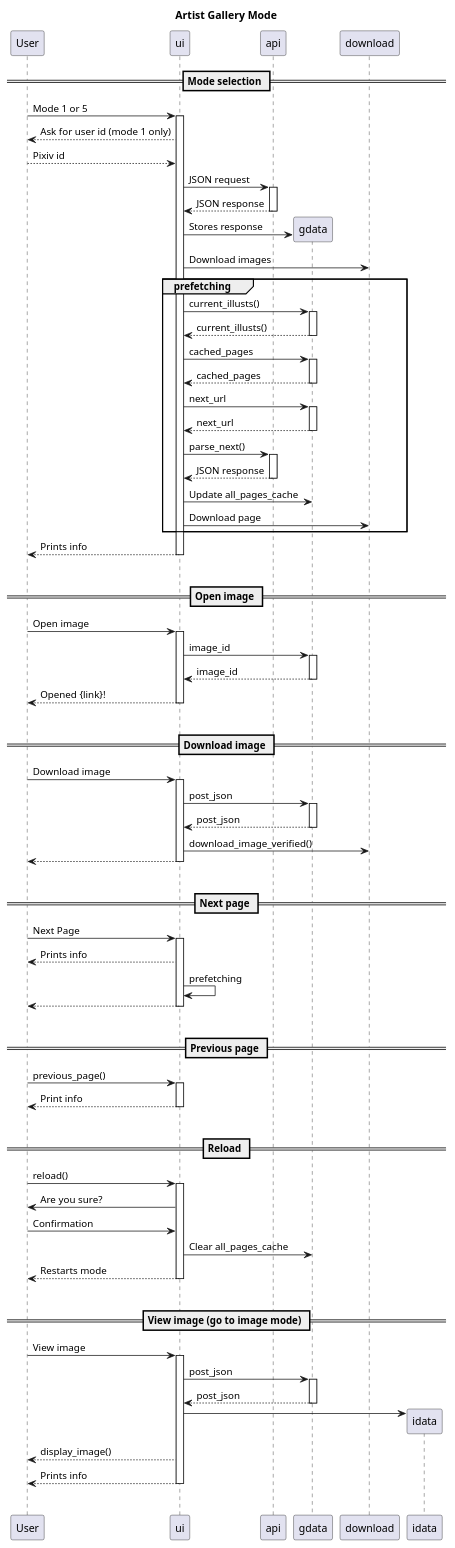
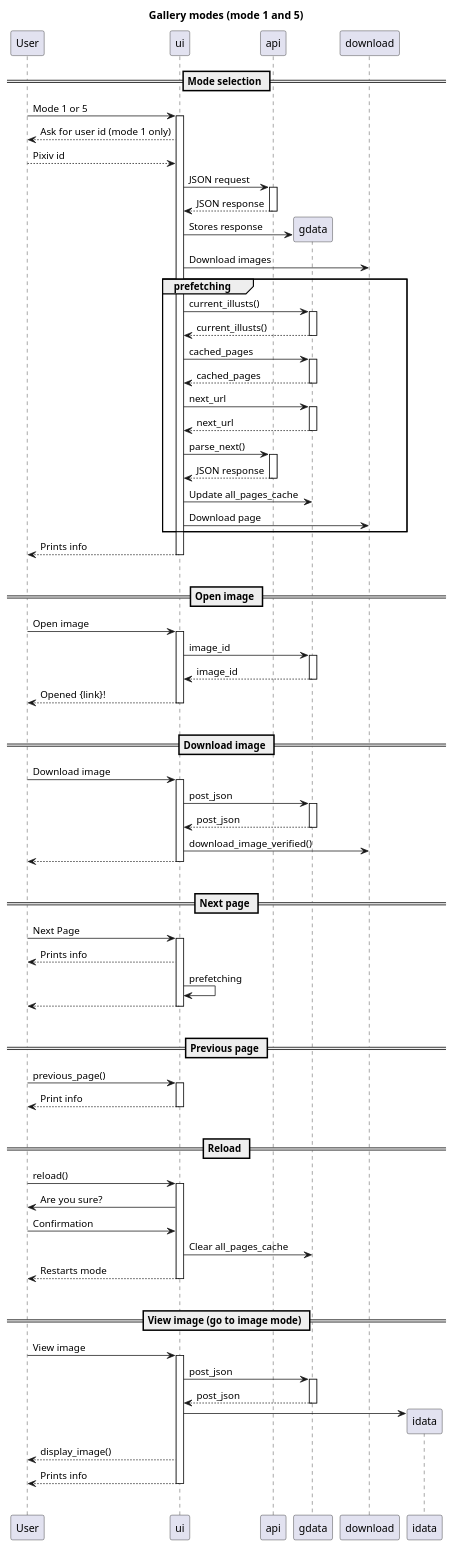
Before and after one commit to akazukin5151/koneko-old: the diagram in puml/gallery.puml, drawn with PlantUML. The commit also changed 1 other file, not shown here.

Commit message:
Renamed title of gallery actor uml diagram

```diff
--- a/puml/gallery.puml
+++ b/puml/gallery.puml
@@ -1,73 +1,73 @@
 @startuml
-title Artist Gallery Mode
+title Gallery modes (mode 1 and 5)
 
 == Mode selection ==
 User -> ui ++: Mode 1 or 5
 ui --> User: Ask for user id (mode 1 only)
 User --> ui: Pixiv id
 ui -> api ++: JSON request
 return JSON response
 create gdata
 ui -> gdata: Stores response
 ui -> download: Download images
 group prefetching
     ui -> gdata ++: current_illusts()
     return current_illusts()
     ui -> gdata ++: cached_pages
     return cached_pages
     ui -> gdata ++: next_url
     return next_url
     ui -> api ++: parse_next()
     return JSON response
     ui -> gdata: Update all_pages_cache
     ui -> download: Download page
 end
 return Prints info
 |||
 
 == Open image ==
 User -> ui ++: Open image
 ui -> gdata ++: image_id
 return image_id
 return Opened {link}!
 |||
 
 == Download image ==
 User -> ui ++: Download image
 ui -> gdata ++: post_json
 return post_json
 ui -> download: download_image_verified()
 return
 |||
 
 == Next page ==
 User -> ui ++: Next Page
 ui --> User: Prints info
 ui -> ui: prefetching
 return
 |||
 
 == Previous page ==
 User -> ui ++: previous_page()
 return Print info
 |||
 
 == Reload ==
 User -> ui ++: reload()
 ui -> User: Are you sure?
 User -> ui: Confirmation
 ui -> gdata: Clear all_pages_cache
 return Restarts mode
 |||
 
 == View image (go to image mode) ==
 User -> ui ++: View image
 ui -> gdata ++: post_json
 return post_json
 ui -> idata **
 ui --> User: display_image()
 return Prints info
 |||
 
 
 @enduml
```
